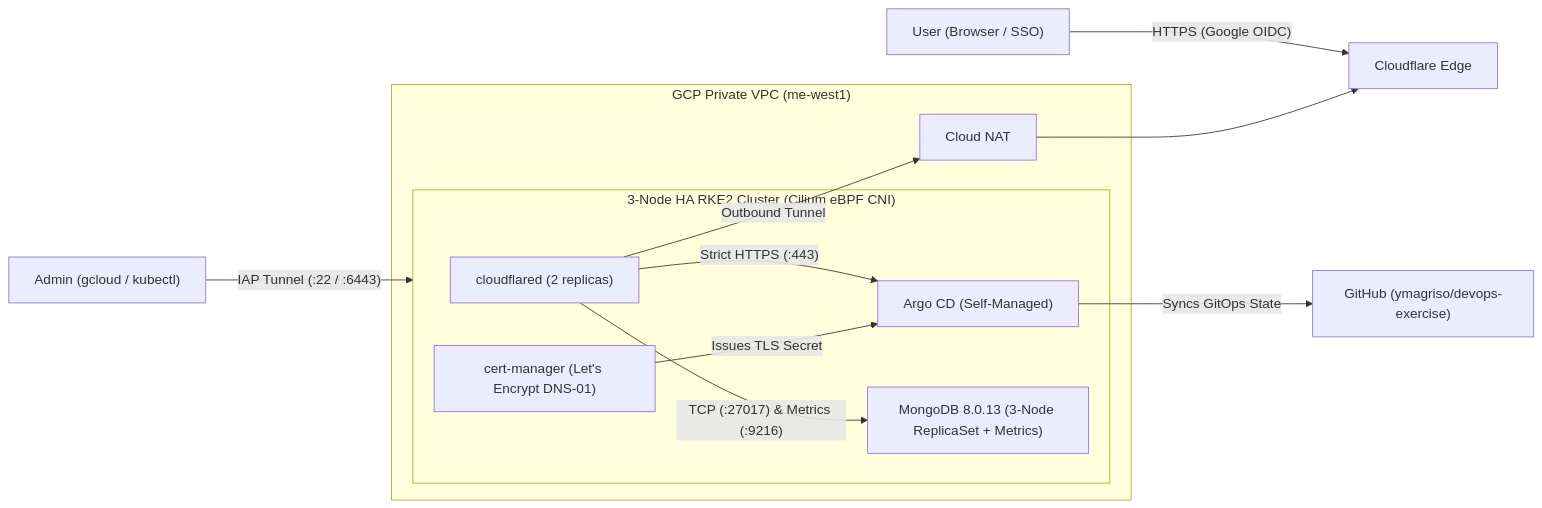
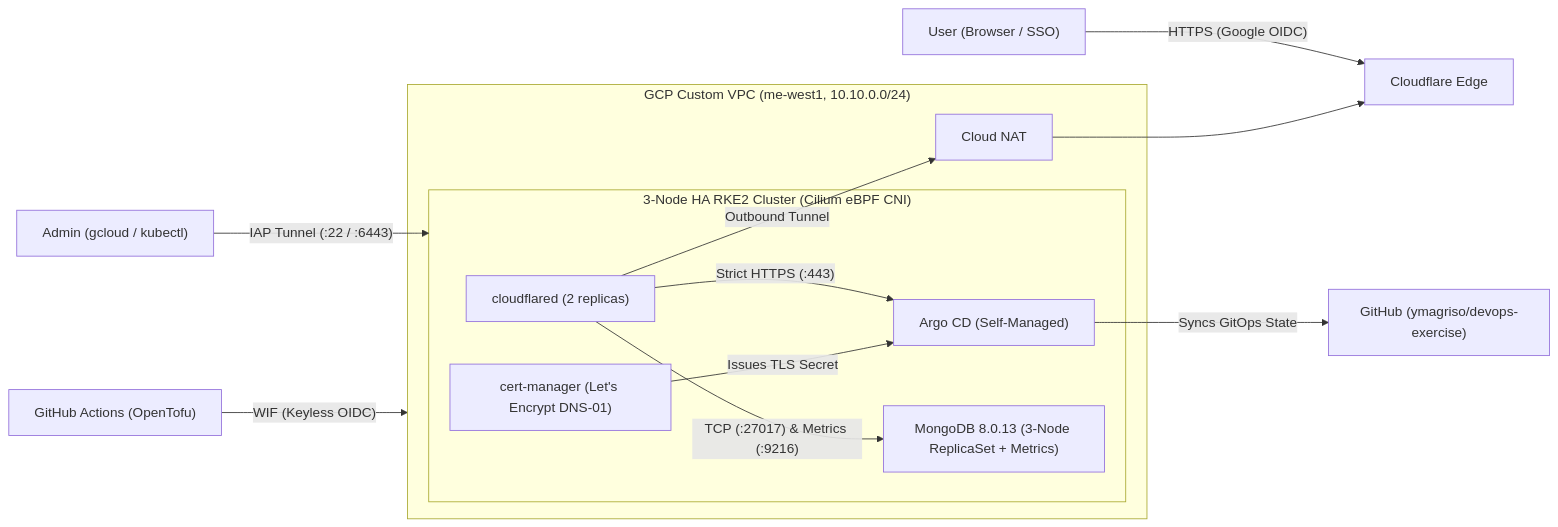
The diagram in README.md (ymagriso/devops-exercise), drawn with Mermaid before and after one commit. The commit also changed other lines of this file and 16 other files, not shown here.

First line of the commit message:
feat(infra): add OpenTofu GCP infrastructure and automated RKE2 bootstrap workflows (#24)

````diff
--- a/README.md
+++ b/README.md
@@ -11,21 +11,22 @@
 ```mermaid
 flowchart LR
     Admin["Admin (gcloud / kubectl)"] -->|"IAP Tunnel (:22 / :6443)"| RKE2
     User["User (Browser / SSO)"] -->|"HTTPS (Google OIDC)"| CF["Cloudflare Edge"]
-    subgraph GCP["GCP Private VPC (me-west1)"]
+    CI["GitHub Actions (OpenTofu)"] -->|"WIF (Keyless OIDC)"| GCP
+    subgraph GCP["GCP Custom VPC (me-west1, 10.10.0.0/24)"]
         NAT["Cloud NAT"]
         subgraph RKE2["3-Node HA RKE2 Cluster (Cilium eBPF CNI)"]
             CFD["cloudflared (2 replicas)"]
             Argo["Argo CD (Self-Managed)"]
             CM["cert-manager (Let's Encrypt DNS-01)"]
             Mongo["MongoDB 8.0.13 (3-Node ReplicaSet + Metrics)"]
         end
     end
     GH["GitHub (ymagriso/devops-exercise)"]
 
     CFD -->|"Outbound Tunnel"| NAT --> CF
     CFD -->|"Strict HTTPS (:443)"| Argo
     CFD -->|"TCP (:27017) & Metrics (:9216)"| Mongo
     CM -->|"Issues TLS Secret"| Argo
     Argo -->|"Syncs GitOps State"| GH
 ```
````
